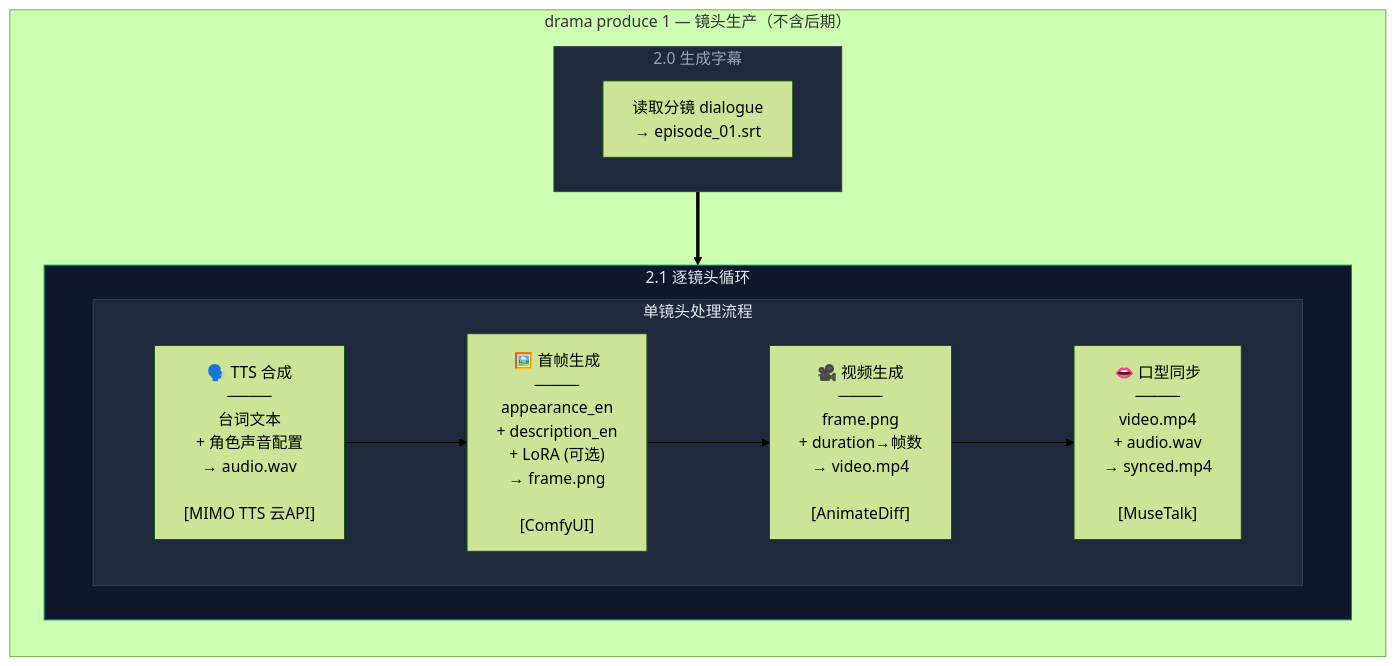
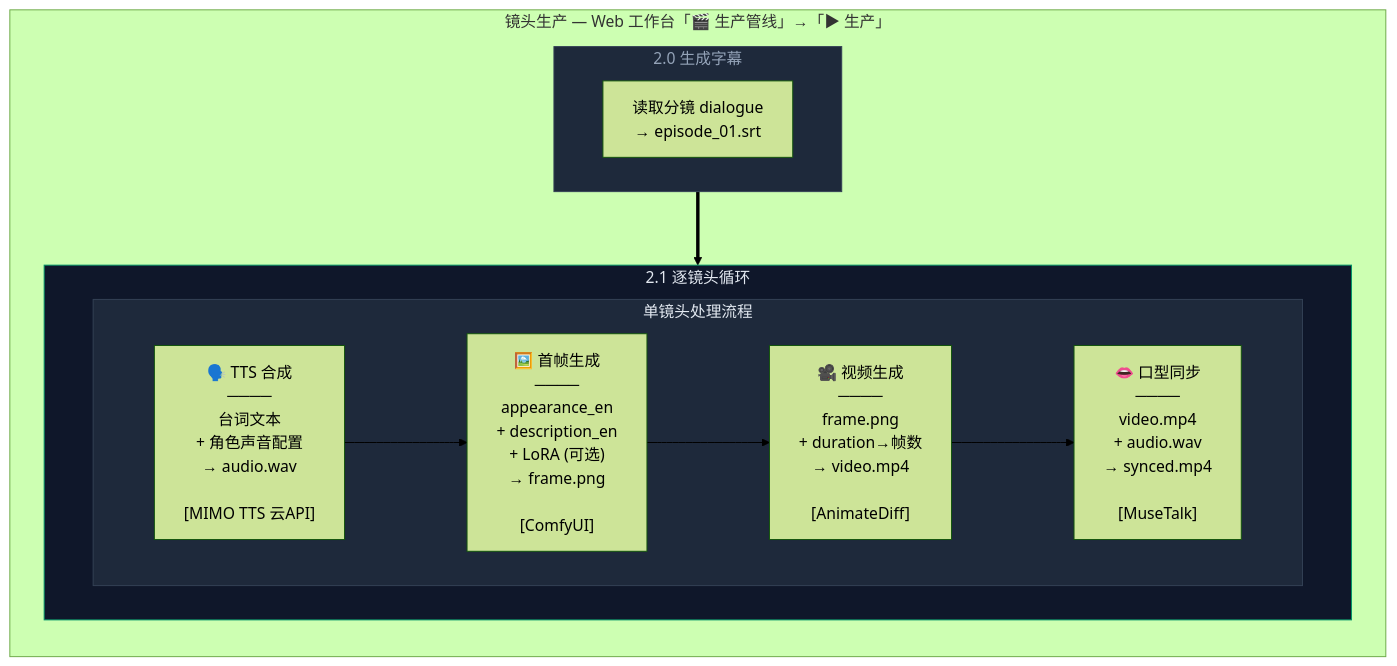
One commit to brother2050/ai-drama-pipeline changed the fifth of 12 diagrams in docs/pipeline.md. Above: the diagram before and after it, drawn with Mermaid (forest theme). The commit also changed other lines of this file and 5 other files, not shown here.

````diff
--- a/docs/pipeline.md
+++ b/docs/pipeline.md
@@ -154,28 +152,28 @@
 ```mermaid
 flowchart TB
-    subgraph produce["drama produce 1 — 镜头生产（不含后期）"]
+    subgraph produce["镜头生产 — Web 工作台「🎬 生产管线」→「▶ 生产」"]
         direction TB
 
         subgraph step0["2.0 生成字幕"]
             srt["读取分镜 dialogue<br/>→ episode_01.srt"]
         end
 
         subgraph loop["2.1 逐镜头循环"]
             direction LR
             subgraph shot["单镜头处理流程"]
                 direction LR
                 s1["🗣️ TTS 合成<br/>────<br/>台词文本<br/>+ 角色声音配置<br/>→ audio.wav<br/><br/>[MIMO TTS 云API]"]
                 s2["🖼️ 首帧生成<br/>────<br/>appearance_en<br/>+ description_en<br/>+ LoRA (可选)<br/>→ frame.png<br/><br/>[ComfyUI]"]
                 s3["🎥 视频生成<br/>────<br/>frame.png<br/>+ duration→帧数<br/>→ video.mp4<br/><br/>[AnimateDiff]"]
                 s4["👄 口型同步<br/>────<br/>video.mp4<br/>+ audio.wav<br/>→ synced.mp4<br/><br/>[MuseTalk]"]
                 s1 --> s2 --> s3 --> s4
             end
         end
 
         step0 ==> loop
     end
 
     style step0 fill:#1e293b,stroke:#334155,color:#94a3b8
     style loop fill:#0f172a,stroke:#059669,color:#e2e8f0
     style shot fill:#1e293b,stroke:#334155,color:#e2e8f0
 ```
````
